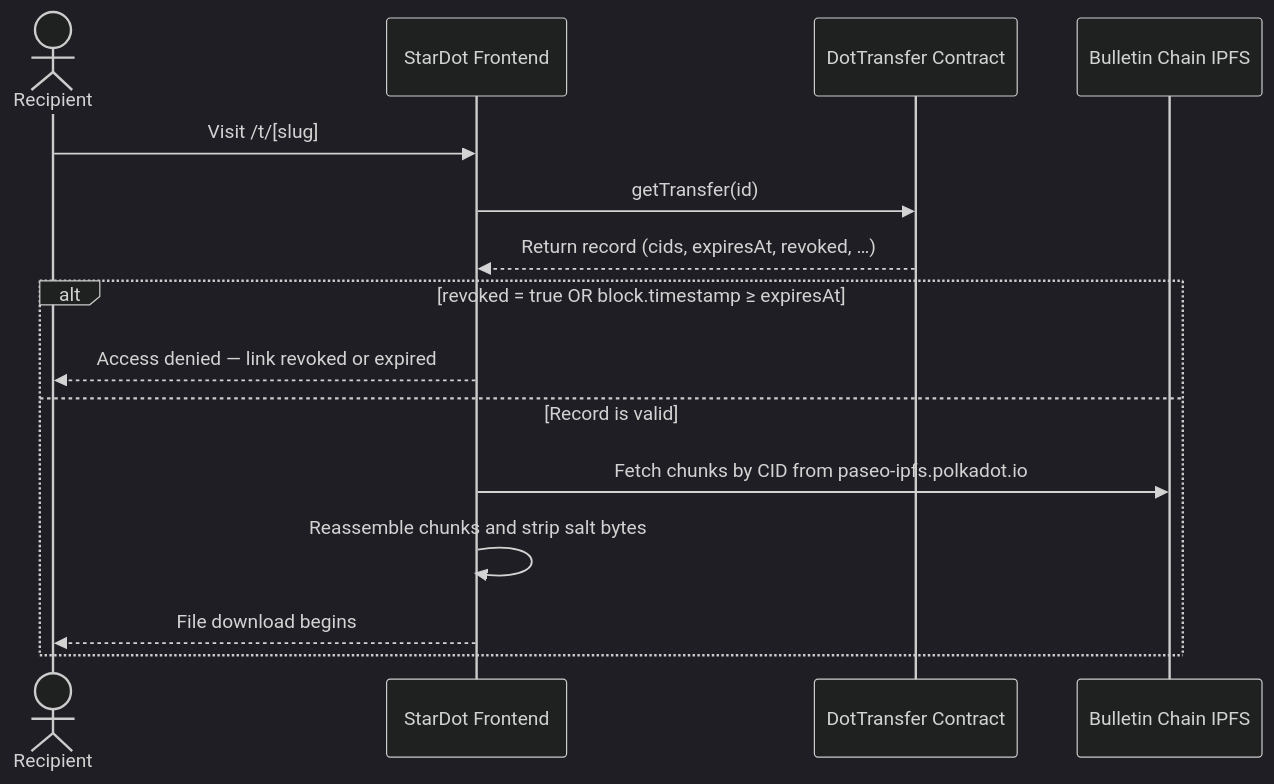
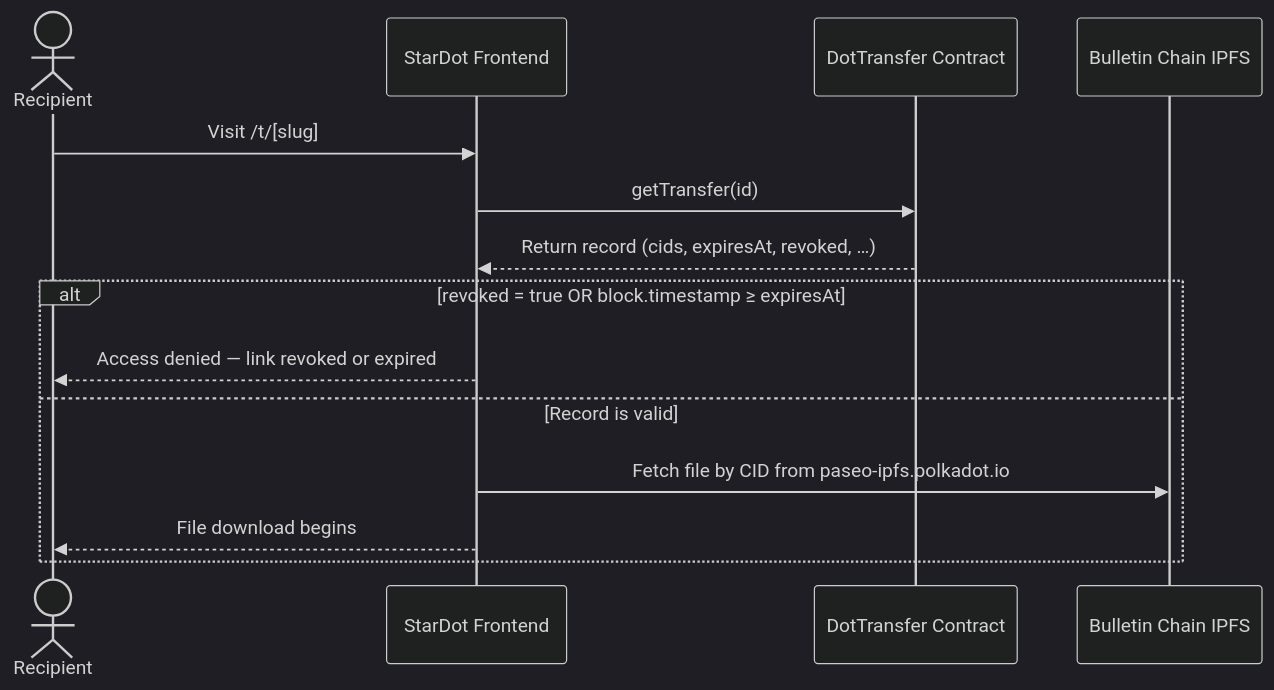
The third of 3 diagrams in README.md (fechaMe/polkadot-stack-template), drawn with Mermaid (dark theme) before and after one commit. The commit also changed other lines of this file and 2 other files, not shown here.

````diff
--- a/README.md
+++ b/README.md
@@ -120,19 +114,18 @@
 ```mermaid
 sequenceDiagram
     actor R as Recipient
     participant FE as StarDot Frontend
     participant SC as DotTransfer Contract
     participant BL as Bulletin Chain IPFS
 
     R->>FE: Visit /t/[slug]
     FE->>SC: getTransfer(id)
     SC-->>FE: Return record (cids, expiresAt, revoked, …)
 
     alt revoked = true OR block.timestamp ≥ expiresAt
         FE-->>R: Access denied — link revoked or expired
     else Record is valid
-        FE->>BL: Fetch chunks by CID from paseo-ipfs.polkadot.io
-        FE->>FE: Reassemble chunks and strip salt bytes
+        FE->>BL: Fetch file by CID from paseo-ipfs.polkadot.io
         FE-->>R: File download begins
     end
 ```
````
